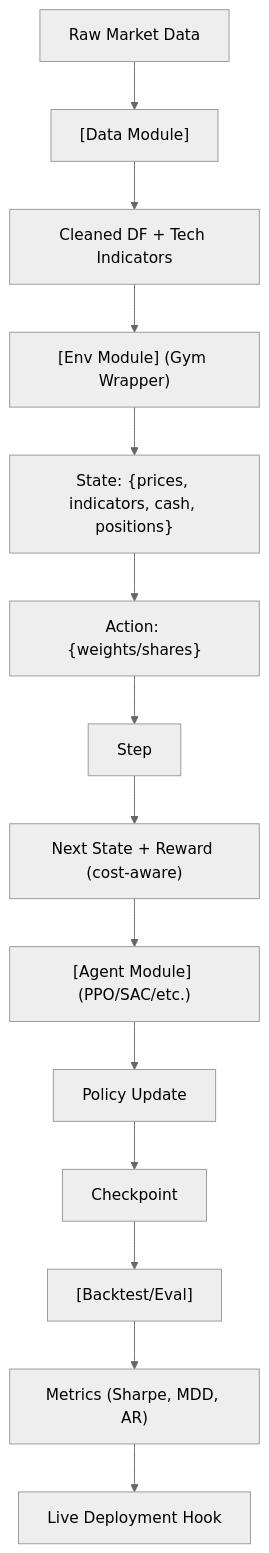
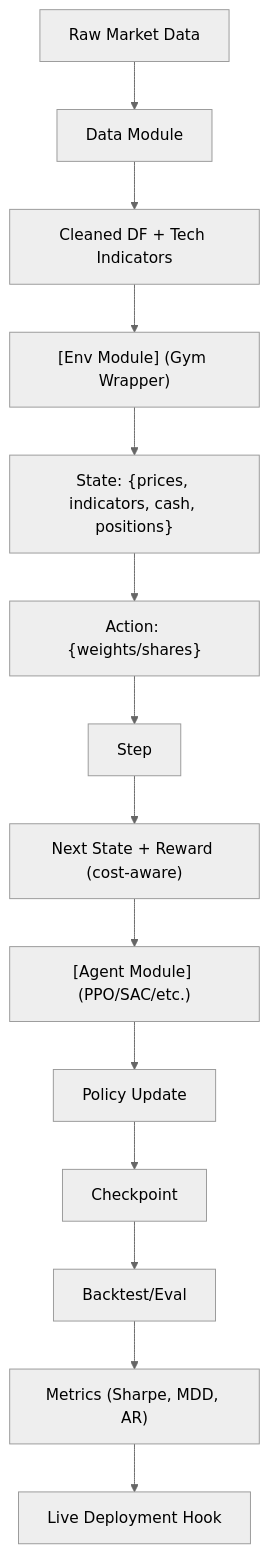
The diagram in foundations/reinforcement-learning/finrl.md (sou350121/Trading-Handbook), drawn with Mermaid (neutral theme) before and after one commit. The commit also changed 191 other files, not shown here.

First line of the commit message:
render: fix math + mermaid for GitHub across the corpus (188 pages)

````diff
--- a/foundations/reinforcement-learning/finrl.md
+++ b/foundations/reinforcement-learning/finrl.md
@@ -32,16 +32,16 @@
 ```mermaid
 flowchart TD
-    A["Raw Market Data"] --> B["[Data Module]"]
+    A["Raw Market Data"] --> B["Data Module"]
     B --> C["Cleaned DF + Tech Indicators"]
     C --> D["[Env Module] (Gym Wrapper)"]
     D --> E["State: {prices, indicators, cash, positions}"]
     E --> F["Action: {weights/shares}"]
     F --> G["Step"]
     G --> H["Next State + Reward (cost-aware)"]
     H --> I["[Agent Module] (PPO/SAC/etc.)"]
     I --> J["Policy Update"]
     J --> K["Checkpoint"]
-    K --> L["[Backtest/Eval]"]
+    K --> L["Backtest/Eval"]
     L --> M["Metrics (Sharpe, MDD, AR)"]
     M --> N["Live Deployment Hook"]
 ```
````
